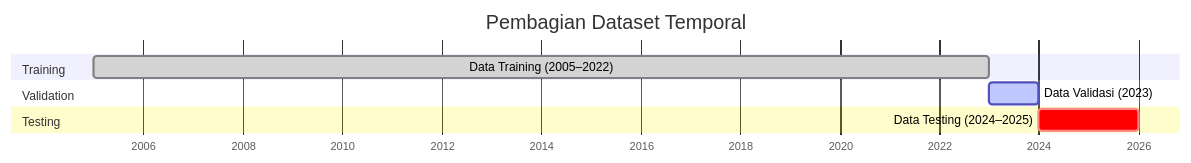
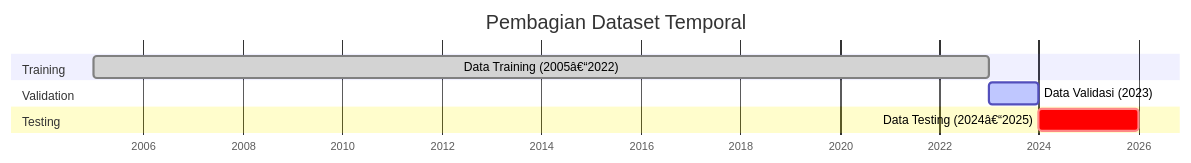
The fourth of 6 diagrams in docs/PANDUAN_SEMINAR_PROPOSAL.md (Vanszs/Skripsi_Nopal_SPEI), drawn with Mermaid before and after one commit. The commit also changed other lines of this file and 28 other files, not shown here.

````diff
--- a/docs/PANDUAN_SEMINAR_PROPOSAL.md
+++ b/docs/PANDUAN_SEMINAR_PROPOSAL.md
@@ -211,15 +211,15 @@
 ```mermaid
 gantt
     title Pembagian Dataset Temporal
     dateFormat YYYY
     axisFormat %Y
 
     section Training
-    Data Training (2005–2022)    :done, train, 2005, 2023
+    Data Training (2005â€“2022)    :done, train, 2005, 2023
 
     section Validation
     Data Validasi (2023)         :active, val, 2023, 2024
 
     section Testing
-    Data Testing (2024–2025)     :crit, test, 2024, 2026
+    Data Testing (2024â€“2025)     :crit, test, 2024, 2026
 ```
````
